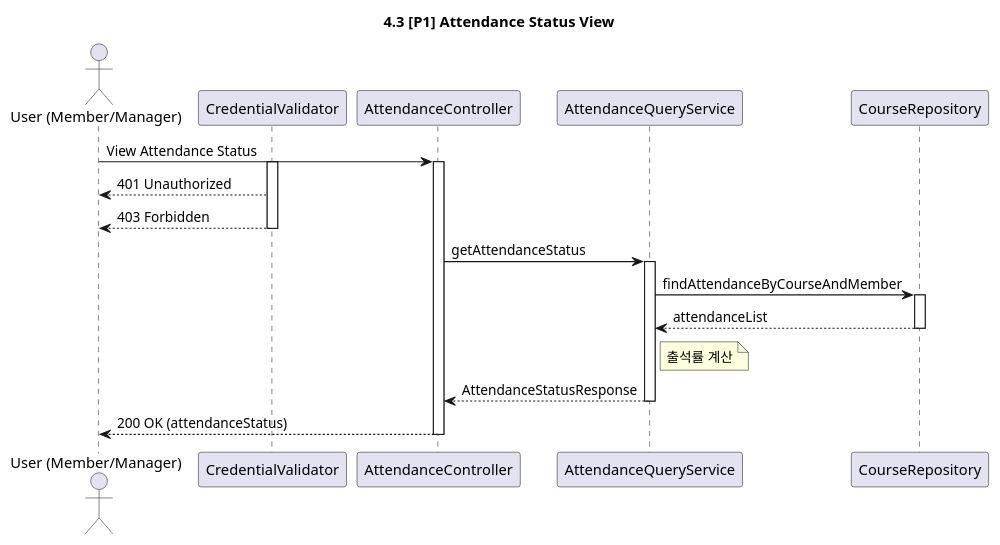
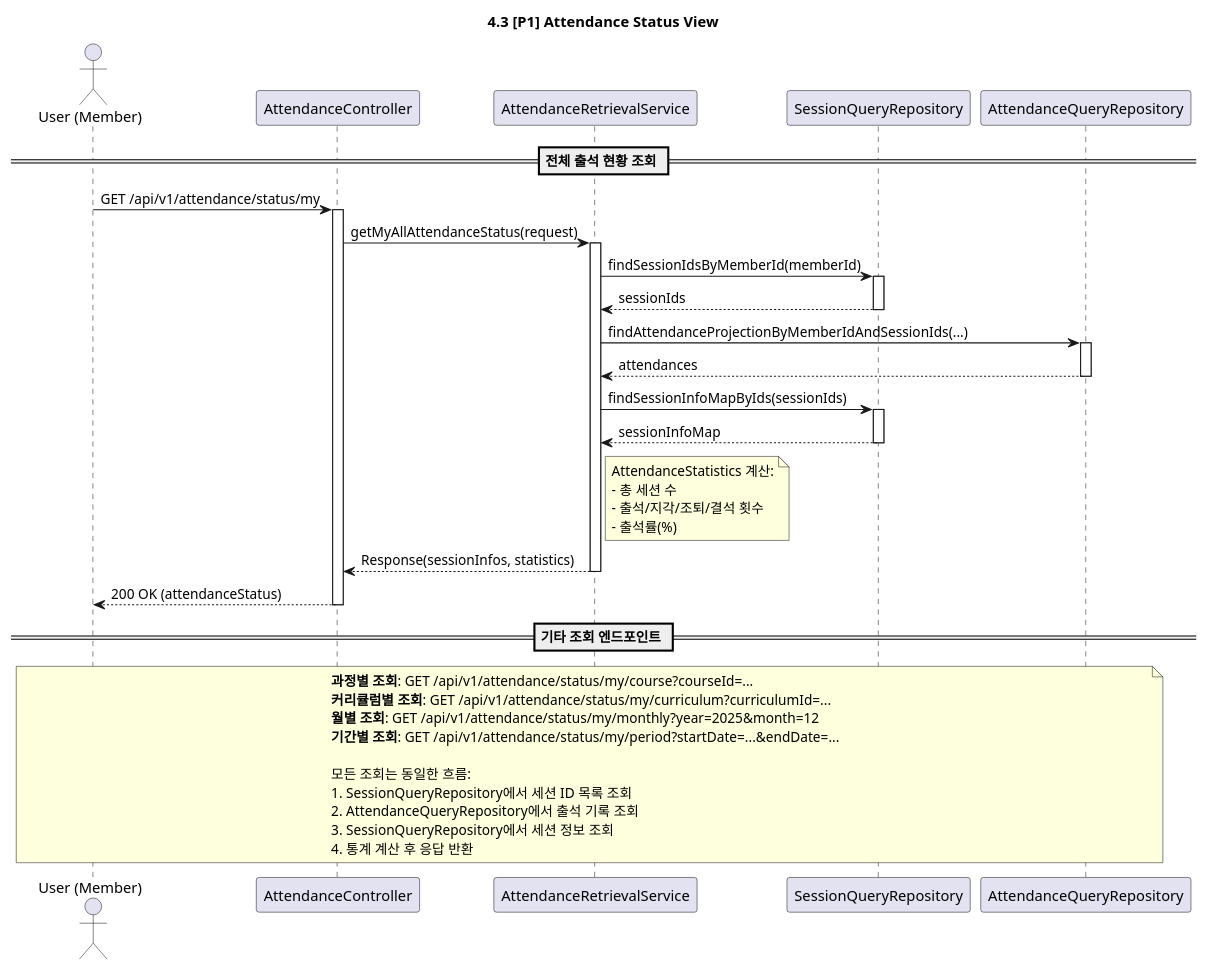
Before and after one commit to f-lab-edu/learning-manager: the diagram in docs/sequences/4.3_attendance_status_view.puml, drawn with PlantUML. The commit also changed 16 other files, not shown here.

```diff
--- a/docs/sequences/4.3_attendance_status_view.puml
+++ b/docs/sequences/4.3_attendance_status_view.puml
@@ -1,36 +1,62 @@
 @startuml
 
 title 4.3 [P1] Attendance Status View
 
-actor "User (Member/Manager)" as User
-participant "CredentialValidator" as Validator
+actor "User (Member)" as User
 participant "AttendanceController" as Controller
-participant "AttendanceQueryService" as AppService
-participant "CourseRepository" as Repository
+participant "AttendanceRetrievalService" as AppService
+participant "SessionQueryRepository" as SessionQueryRepo
+participant "AttendanceQueryRepository" as AttendQueryRepo
 
-User -> Controller: View Attendance Status
-activate Validator
+== 전체 출석 현황 조회 ==
+
+User -> Controller: GET /api/v1/attendance/status/my
 activate Controller
-Validator --> User: 401 Unauthorized
-Validator --> User: 403 Forbidden
-deactivate Validator
 
-Controller -> AppService: getAttendanceStatus
+Controller -> AppService: getMyAllAttendanceStatus(request)
 activate AppService
 
-AppService -> Repository: findAttendanceByCourseAndMember
-activate Repository
-Repository --> AppService: attendanceList
-deactivate Repository
+AppService -> SessionQueryRepo: findSessionIdsByMemberId(memberId)
+activate SessionQueryRepo
+SessionQueryRepo --> AppService: sessionIds
+deactivate SessionQueryRepo
+
+AppService -> AttendQueryRepo: findAttendanceProjectionByMemberIdAndSessionIds(...)
+activate AttendQueryRepo
+AttendQueryRepo --> AppService: attendances
+deactivate AttendQueryRepo
+
+AppService -> SessionQueryRepo: findSessionInfoMapByIds(sessionIds)
+activate SessionQueryRepo
+SessionQueryRepo --> AppService: sessionInfoMap
+deactivate SessionQueryRepo
 
 note right of AppService
-    출석률 계산
+  AttendanceStatistics 계산:
+  - 총 세션 수
+  - 출석/지각/조퇴/결석 횟수
+  - 출석률(%)
 end note
 
-AppService --> Controller: AttendanceStatusResponse
+AppService --> Controller: Response(sessionInfos, statistics)
 deactivate AppService
 
 Controller --> User: 200 OK (attendanceStatus)
 deactivate Controller
 
+== 기타 조회 엔드포인트 ==
+
+note over User, AttendQueryRepo
+  **과정별 조회**: GET /api/v1/attendance/status/my/course?courseId=...
+  **커리큘럼별 조회**: GET /api/v1/attendance/status/my/curriculum?curriculumId=...
+  **월별 조회**: GET /api/v1/attendance/status/my/monthly?year=2025&month=12
+  **기간별 조회**: GET /api/v1/attendance/status/my/period?startDate=...&endDate=...
+
+  모든 조회는 동일한 흐름:
+  1. SessionQueryRepository에서 세션 ID 목록 조회
+  2. AttendanceQueryRepository에서 출석 기록 조회
+  3. SessionQueryRepository에서 세션 정보 조회
+  4. 통계 계산 후 응답 반환
+end note
+
 @enduml
```
